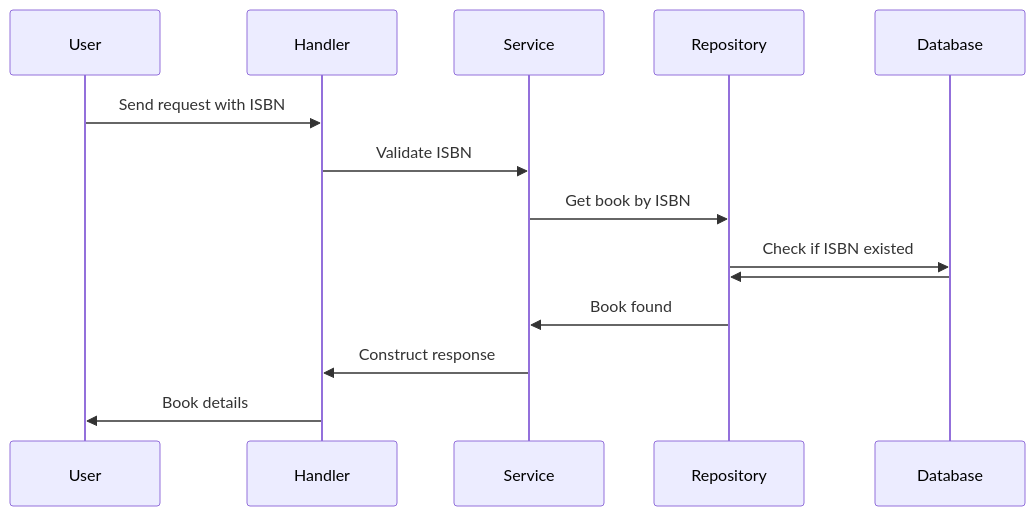
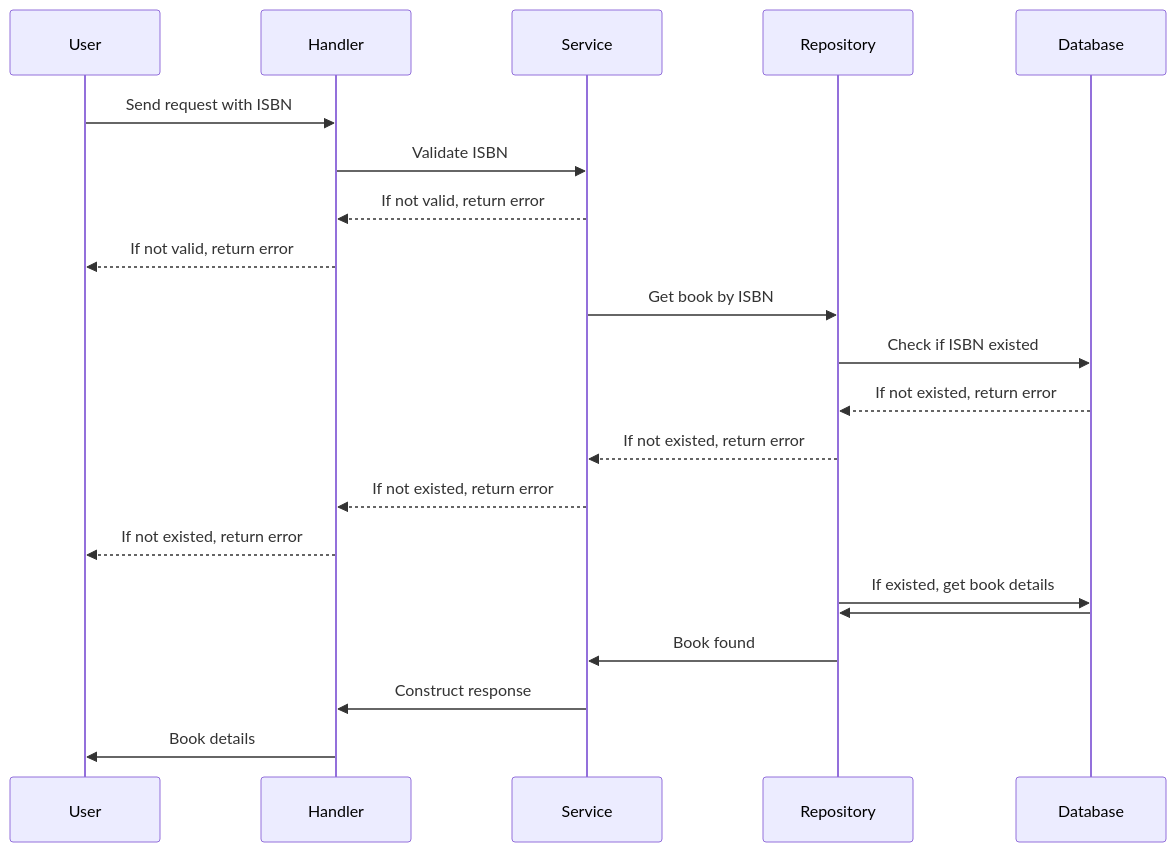
One commit to liberocks/isbn changed the second of 5 diagrams in README.md. Above: the diagram before and after it, drawn with Mermaid.

Commit message:
add endpoint documentation (3)

````diff
--- a/README.md
+++ b/README.md
@@ -74,13 +74,20 @@
 ```mermaid
 sequenceDiagram
     accTitle: Get book by ISBN
 
     User->>Handler: Send request with ISBN
     Handler->>Service: Validate ISBN
+    Service-->>Handler: If not valid, return error
+    Handler-->>User: If not valid, return error
     Service->>Repository: Get book by ISBN
     Repository->>Database: Check if ISBN existed
+    Database-->>Repository: If not existed, return error
+    Repository-->>Service: If not existed, return error
+    Service-->>Handler: If not existed, return error
+    Handler-->>User: If not existed, return error
+    Repository->>Database: If existed, get book details
     Database->>Repository: 
     Repository->>Service: Book found
     Service->>Handler: Construct response
     Handler->>User: Book details
 ```
````
